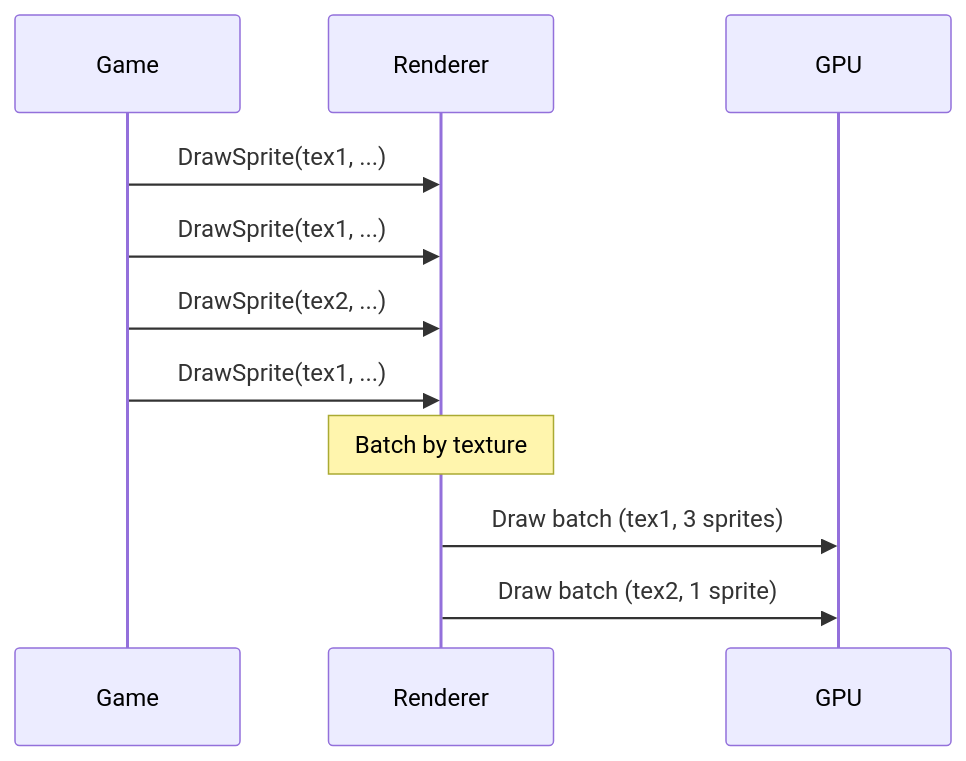
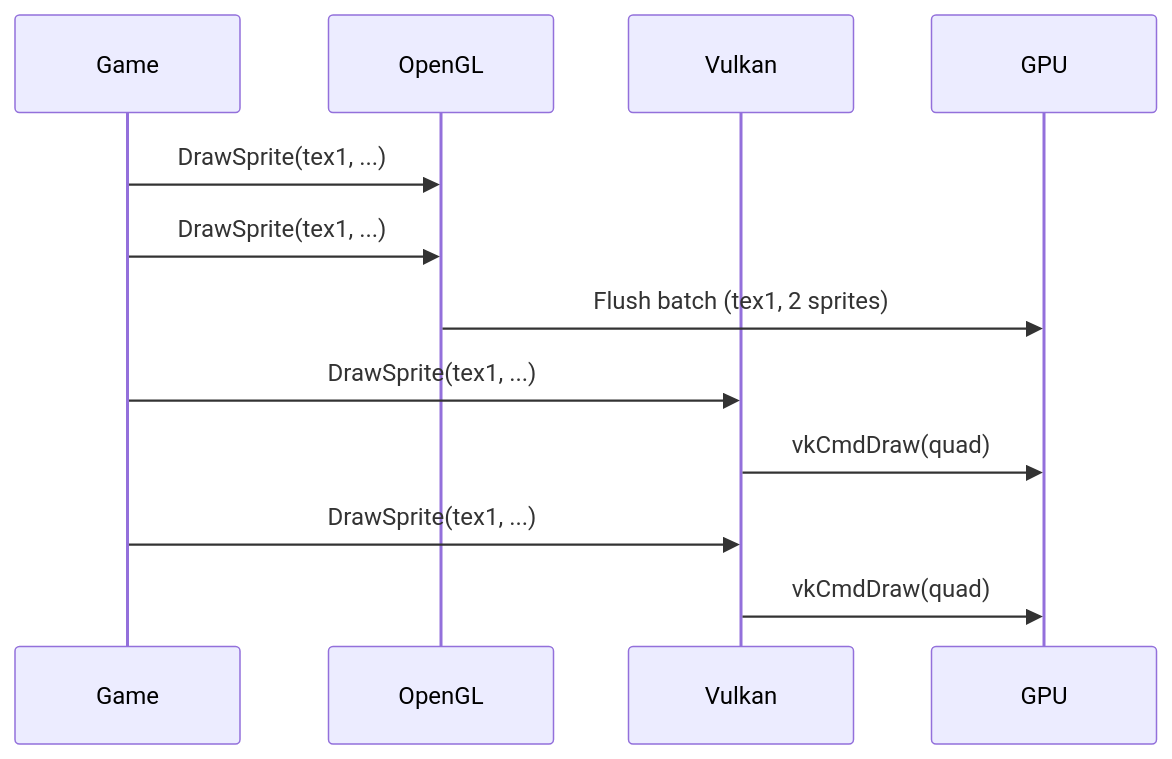
The eighth of 8 diagrams in docs/ARCHITECTURE.md (baaz777/rift), drawn with Mermaid before and after one commit. The commit also changed other lines of this file, not shown here.

```diff
--- a/docs/ARCHITECTURE.md
+++ b/docs/ARCHITECTURE.md
@@ -439,16 +443,16 @@
 <pre class="mermaid">
 sequenceDiagram
     participant Game
-    participant Renderer
+    participant OpenGL
+    participant Vulkan
     participant GPU
 
-    Game->>Renderer: DrawSprite(tex1, ...)
-    Game->>Renderer: DrawSprite(tex1, ...)
-    Game->>Renderer: DrawSprite(tex2, ...)
-    Game->>Renderer: DrawSprite(tex1, ...)
+    Game->>OpenGL: DrawSprite(tex1, ...)
+    Game->>OpenGL: DrawSprite(tex1, ...)
+    OpenGL->>GPU: Flush batch (tex1, 2 sprites)
 
-    Note over Renderer: Batch by texture
-
-    Renderer->>GPU: Draw batch (tex1, 3 sprites)
-    Renderer->>GPU: Draw batch (tex2, 1 sprite)
+    Game->>Vulkan: DrawSprite(tex1, ...)
+    Vulkan->>GPU: vkCmdDraw(quad)
+    Game->>Vulkan: DrawSprite(tex1, ...)
+    Vulkan->>GPU: vkCmdDraw(quad)
 </pre>
```
